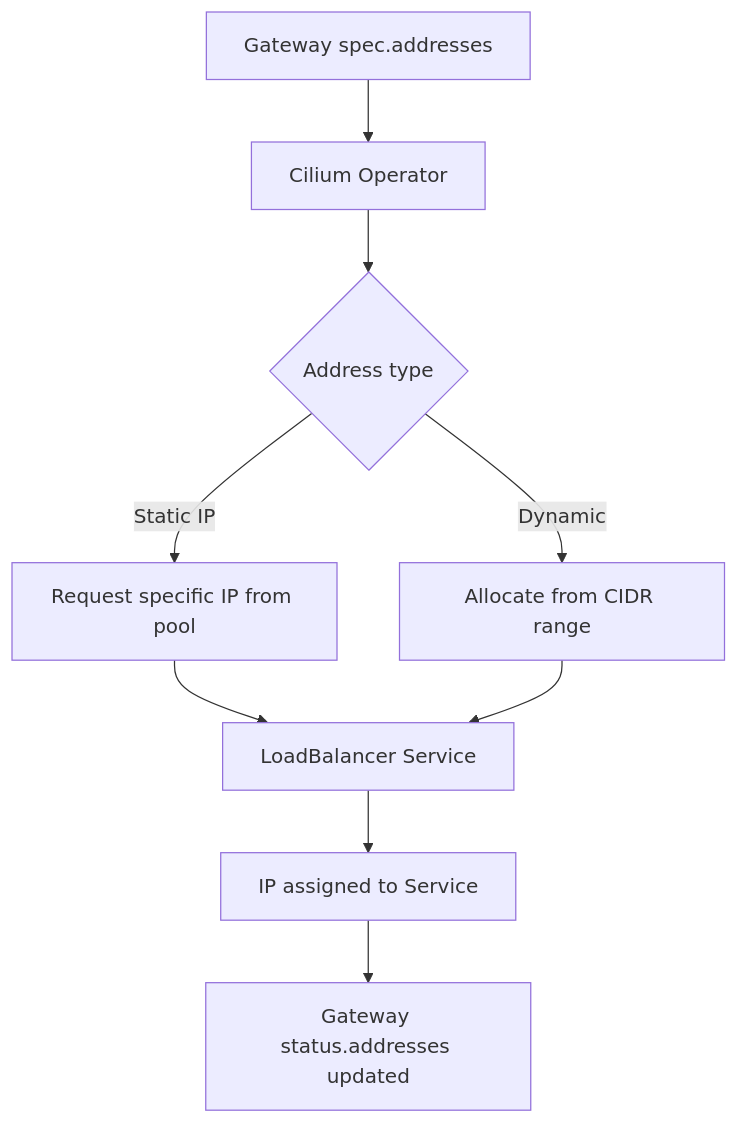
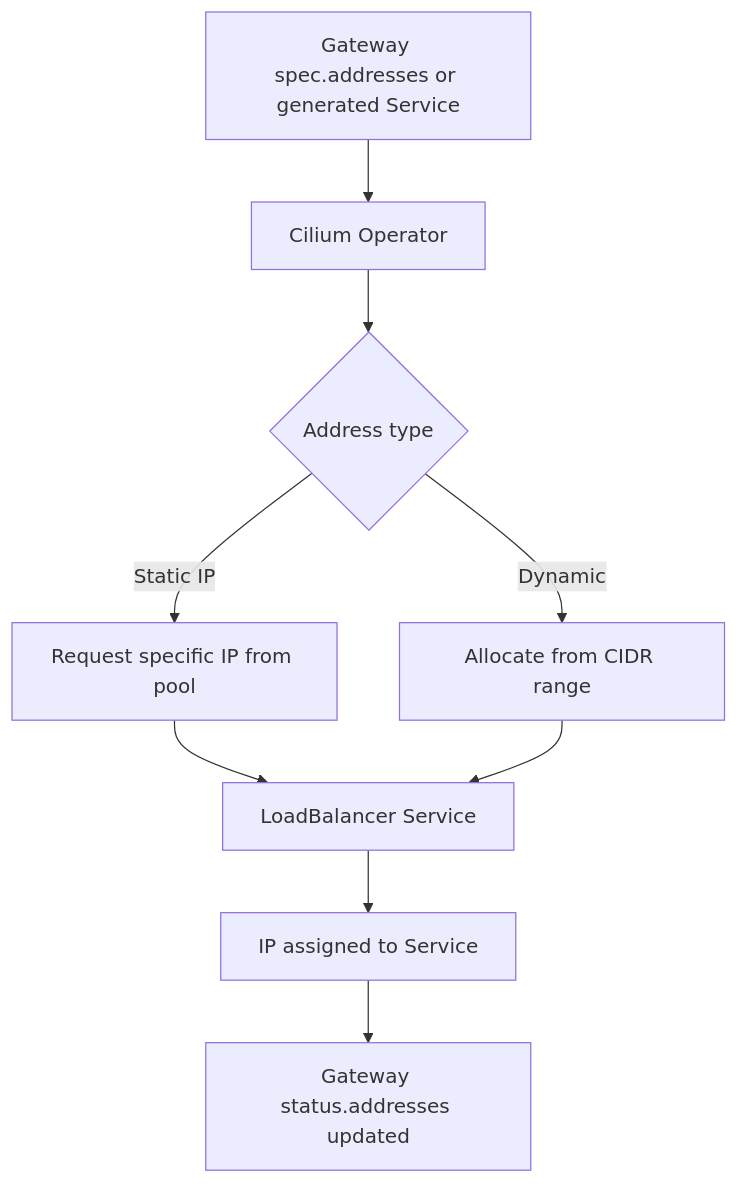
Before and after one commit to OneUptime/blog: the diagram in posts/2026-03-13-configure-gateway-api-addresses-cilium/README.md, drawn with Mermaid. The commit also changed other lines of this file and 2 other files, not shown here.

Commit message:
validate: 2026-03-13-configure-gateway-api-addresses-cilium

````diff
--- a/posts/2026-03-13-configure-gateway-api-addresses-cilium/README.md
+++ b/posts/2026-03-13-configure-gateway-api-addresses-cilium/README.md
@@ -62,11 +59,11 @@
 ```mermaid
 flowchart TD
-    A[Gateway spec.addresses] --> B[Cilium Operator]
+    A[Gateway spec.addresses or generated Service] --> B[Cilium Operator]
     B --> C{Address type}
     C -->|Static IP| D[Request specific IP from pool]
     C -->|Dynamic| E[Allocate from CIDR range]
     D --> F[LoadBalancer Service]
     E --> F
     F --> G[IP assigned to Service]
     G --> H[Gateway status.addresses updated]
 ```
````
